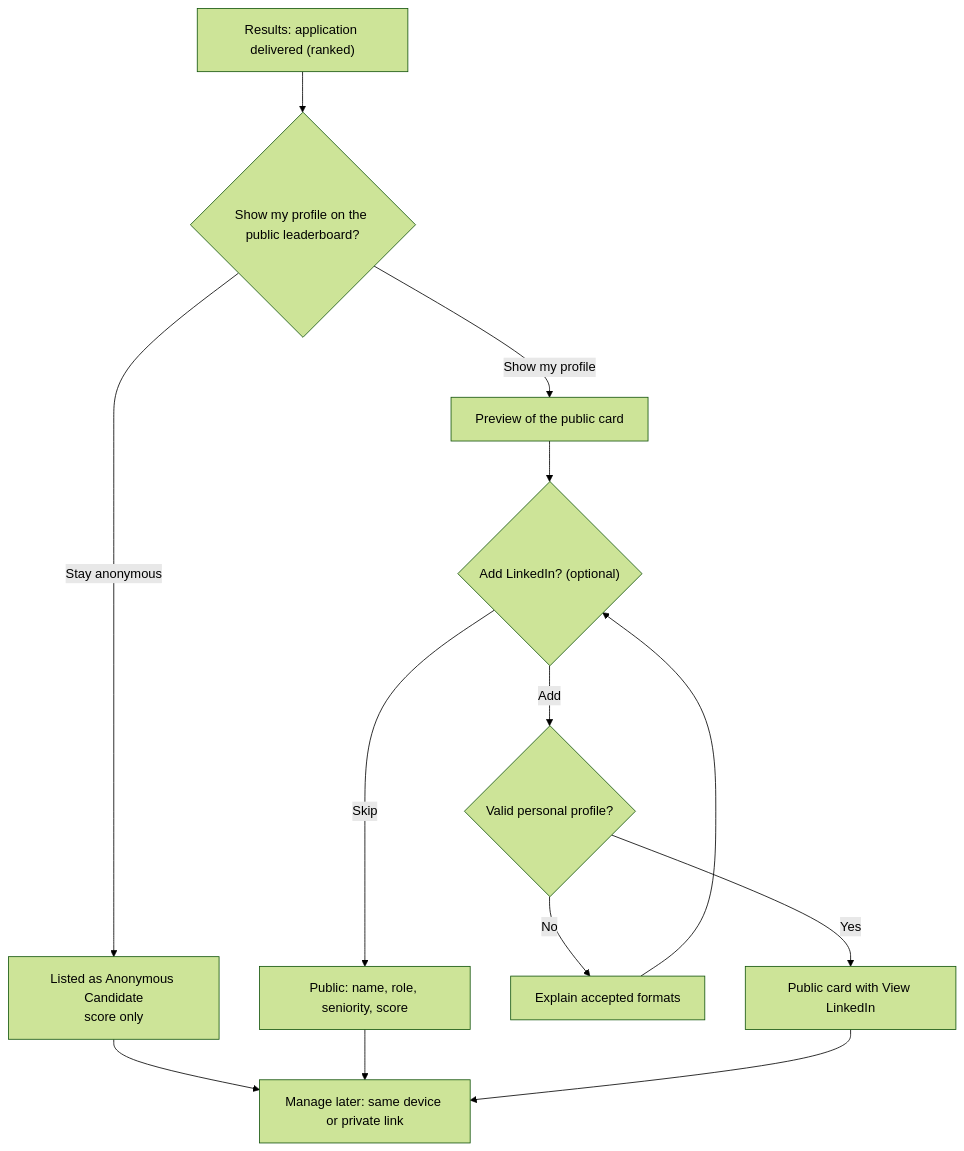
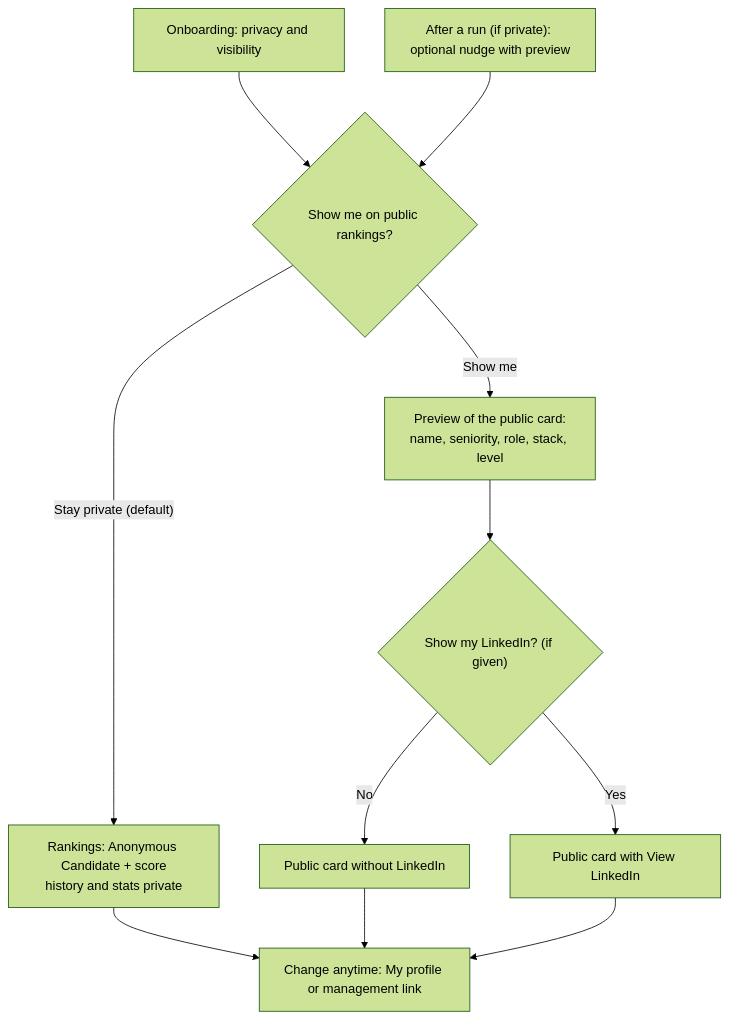
The diagram in docs/product/public-profile-and-privacy.md (ricardoverita/cv-rush), drawn with Mermaid (forest theme) before and after one commit. The commit also changed other lines of this file and 39 other files, not shown here.

````diff
--- a/docs/product/public-profile-and-privacy.md
+++ b/docs/product/public-profile-and-privacy.md
@@ -36,14 +83,13 @@
 ```mermaid
 flowchart TD
-  results["Results: application delivered (ranked)"] --> ask{"Show my profile on the public leaderboard?"}
-  ask -->|"Stay anonymous"| anon["Listed as Anonymous Candidate<br/>score only"]
-  ask -->|"Show my profile"| preview["Preview of the public card"]
-  preview --> addLi{"Add LinkedIn? (optional)"}
-  addLi -->|"Skip"| pub["Public: name, role, seniority, score"]
-  addLi -->|"Add"| validate{"Valid personal profile?"}
-  validate -->|"No"| explain["Explain accepted formats"] --> addLi
-  validate -->|"Yes"| pubLi["Public card with View LinkedIn"]
-  anon --> manage["Manage later: same device or private link"]
-  pub --> manage
-  pubLi --> manage
+  onboarding["Onboarding: privacy and visibility"] --> choice{"Show me on public rankings?"}
+  choice -->|"Stay private (default)"| private["Rankings: Anonymous Candidate + score<br/>history and stats private"]
+  choice -->|"Show me"| preview["Preview of the public card:<br/>name, seniority, role, stack, level"]
+  preview --> liChoice{"Show my LinkedIn? (if given)"}
+  liChoice -->|"No"| pub["Public card without LinkedIn"]
+  liChoice -->|"Yes"| pubLi["Public card with View LinkedIn"]
+  private --> later["Change anytime: My profile or management link"]
+  pub --> later
+  pubLi --> later
+  results["After a run (if private): optional nudge with preview"] --> choice
 ```
````
